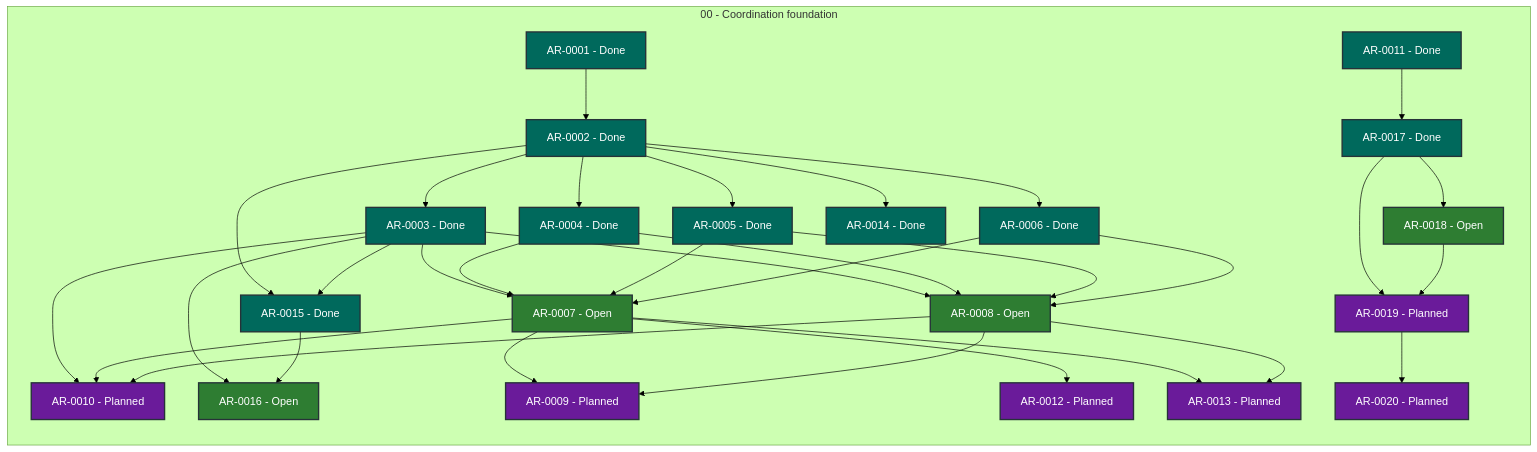
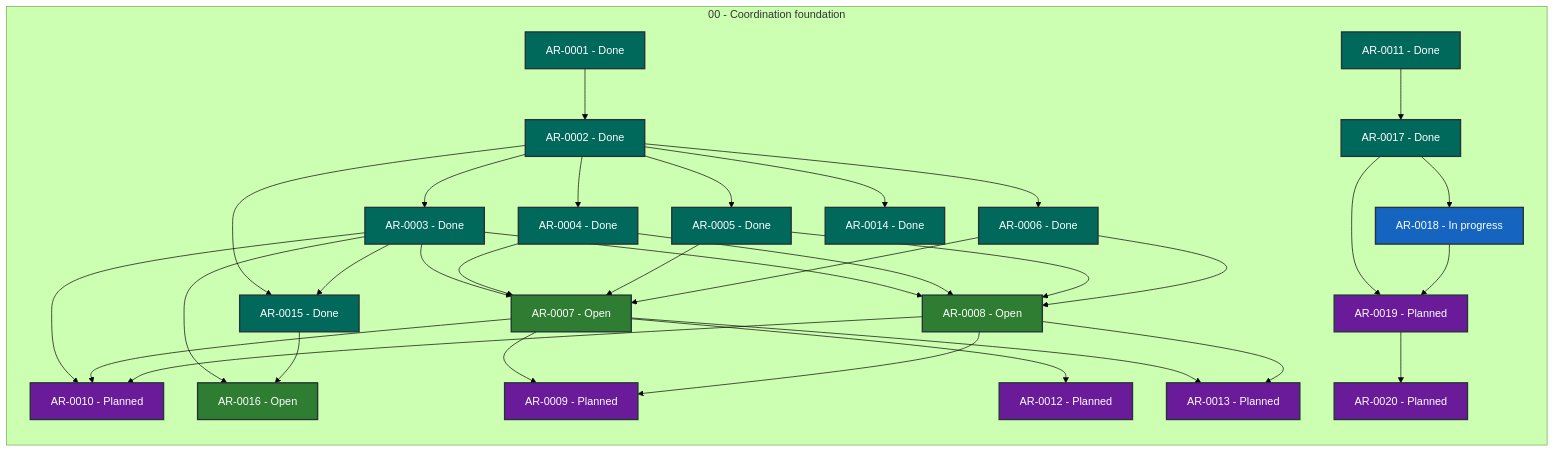
The diagram in STATUS.md (martin-beck/agent-workflow-coordinator-state), drawn with Mermaid (forest theme) before and after one commit. The commit also changed other lines of this file and 2 other files, not shown here.

````diff
--- a/STATUS.md
+++ b/STATUS.md
@@ -27,65 +27,65 @@
 ```mermaid
 flowchart LR
     subgraph series_00["00 - Coordination foundation"]
         direction TB
         AR_0001["AR-0001 - Done"]:::status_done
         AR_0002["AR-0002 - Done"]:::status_done
         AR_0003["AR-0003 - Done"]:::status_done
         AR_0004["AR-0004 - Done"]:::status_done
         AR_0005["AR-0005 - Done"]:::status_done
         AR_0006["AR-0006 - Done"]:::status_done
         AR_0007["AR-0007 - Open"]:::status_open
         AR_0008["AR-0008 - Open"]:::status_open
         AR_0009["AR-0009 - Planned"]:::status_planned
         AR_0010["AR-0010 - Planned"]:::status_planned
         AR_0011["AR-0011 - Done"]:::status_done
         AR_0012["AR-0012 - Planned"]:::status_planned
         AR_0013["AR-0013 - Planned"]:::status_planned
         AR_0014["AR-0014 - Done"]:::status_done
         AR_0015["AR-0015 - Done"]:::status_done
         AR_0016["AR-0016 - Open"]:::status_open
         AR_0017["AR-0017 - Done"]:::status_done
-        AR_0018["AR-0018 - Open"]:::status_open
+        AR_0018["AR-0018 - In progress"]:::status_in_progress
         AR_0019["AR-0019 - Planned"]:::status_planned
         AR_0020["AR-0020 - Planned"]:::status_planned
     end
     AR_0001 --> AR_0002
     AR_0002 --> AR_0003
     AR_0002 --> AR_0004
     AR_0002 --> AR_0005
     AR_0002 --> AR_0006
     AR_0002 --> AR_0014
     AR_0002 --> AR_0015
     AR_0003 --> AR_0007
     AR_0003 --> AR_0008
     AR_0003 --> AR_0010
     AR_0003 --> AR_0015
     AR_0003 --> AR_0016
     AR_0004 --> AR_0007
     AR_0004 --> AR_0008
     AR_0005 --> AR_0007
     AR_0005 --> AR_0008
     AR_0006 --> AR_0007
     AR_0006 --> AR_0008
     AR_0007 --> AR_0009
     AR_0007 --> AR_0010
     AR_0007 --> AR_0012
     AR_0007 --> AR_0013
     AR_0008 --> AR_0009
     AR_0008 --> AR_0010
     AR_0008 --> AR_0013
     AR_0011 --> AR_0017
     AR_0015 --> AR_0016
     AR_0017 --> AR_0018
     AR_0017 --> AR_0019
     AR_0018 --> AR_0019
     AR_0019 --> AR_0020
     classDef status_in_progress fill:#1565c0,color:#ffffff,stroke:#263238,stroke-width:2px
     classDef status_open fill:#2e7d32,color:#ffffff,stroke:#263238,stroke-width:2px
     classDef status_blocked fill:#c62828,color:#ffffff,stroke:#263238,stroke-width:2px
     classDef status_planned fill:#6a1b9a,color:#ffffff,stroke:#263238,stroke-width:2px
     classDef status_future fill:#455a64,color:#ffffff,stroke:#263238,stroke-width:2px
     classDef status_done fill:#00695c,color:#ffffff,stroke:#263238,stroke-width:2px
     classDef status_cancelled fill:#616161,color:#ffffff,stroke:#263238,stroke-width:2px
     classDef status_superseded fill:#5d4037,color:#ffffff,stroke:#263238,stroke-width:2px
 ```
````
